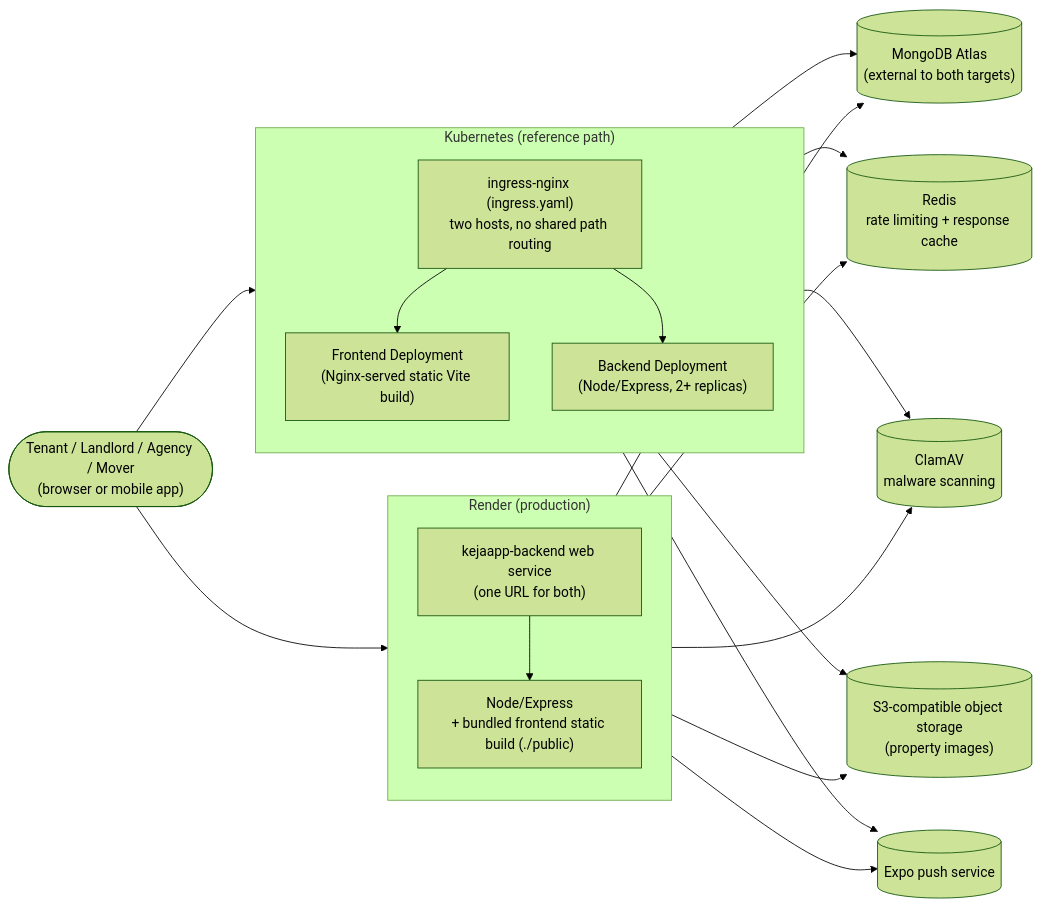
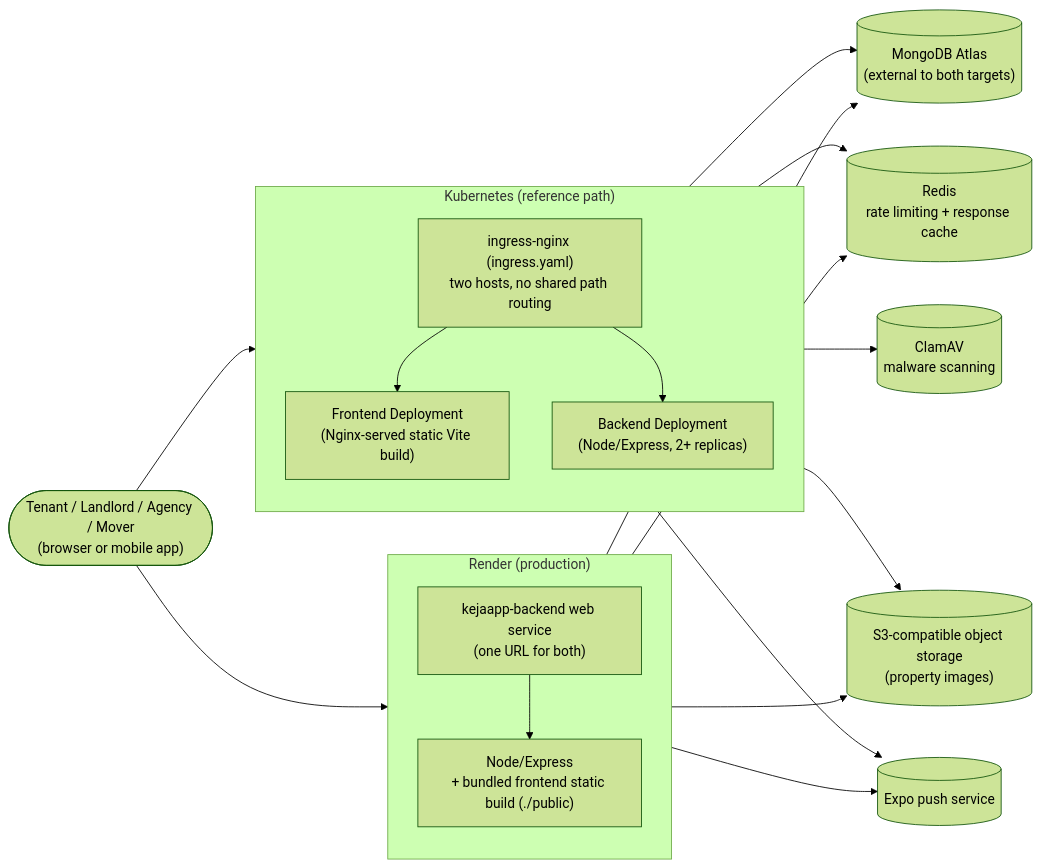
One commit to Abdurleone/kejaapp changed the diagram in docs/devops.md. Above: the diagram before and after it, drawn with Mermaid (forest theme). The commit also changed other lines of this file and 19 other files, not shown here.

````diff
--- a/docs/devops.md
+++ b/docs/devops.md
@@ -175,39 +175,38 @@
 ```mermaid
 flowchart LR
     User(["Tenant / Landlord / Agency / Mover<br/>(browser or mobile app)"])
 
     subgraph RenderTarget["Render (production)"]
         direction TB
         RenderEdge["kejaapp-backend web service<br/>(one URL for both)"]
         RenderApp["Node/Express<br/>+ bundled frontend static build (./public)"]
         RenderEdge --> RenderApp
     end
 
     subgraph K8sTarget["Kubernetes (reference path)"]
         direction TB
         K8sEdge["ingress-nginx (ingress.yaml)<br/>two hosts, no shared path routing"]
         K8sFrontend["Frontend Deployment<br/>(Nginx-served static Vite build)"]
         K8sBackend["Backend Deployment<br/>(Node/Express, 2+ replicas)"]
         K8sEdge --> K8sFrontend
         K8sEdge --> K8sBackend
     end
 
     Mongo[("MongoDB Atlas<br/>(external to both targets)")]
     Redis[("Redis<br/>rate limiting + response cache")]
     ClamAV[("ClamAV<br/>malware scanning")]
     Storage[("S3-compatible object storage<br/>(property images)")]
     Expo[("Expo push service")]
 
     User --> RenderTarget
     User --> K8sTarget
     RenderApp --> Mongo
     RenderApp --> Redis
-    RenderApp --> ClamAV
     RenderApp --> Storage
     RenderApp --> Expo
     K8sBackend --> Mongo
     K8sBackend --> Redis
     K8sBackend --> ClamAV
     K8sBackend --> Storage
     K8sBackend --> Expo
 ```
````
